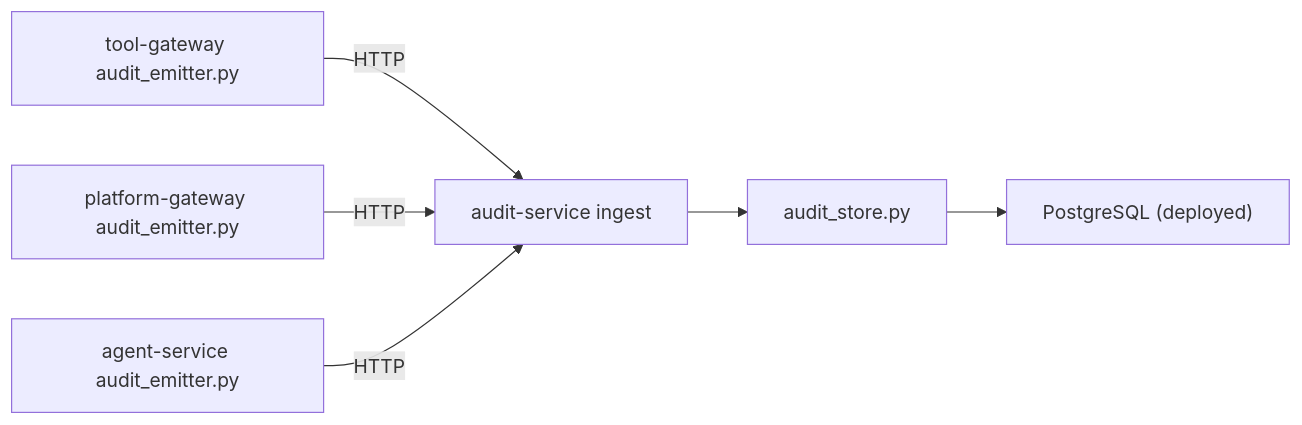
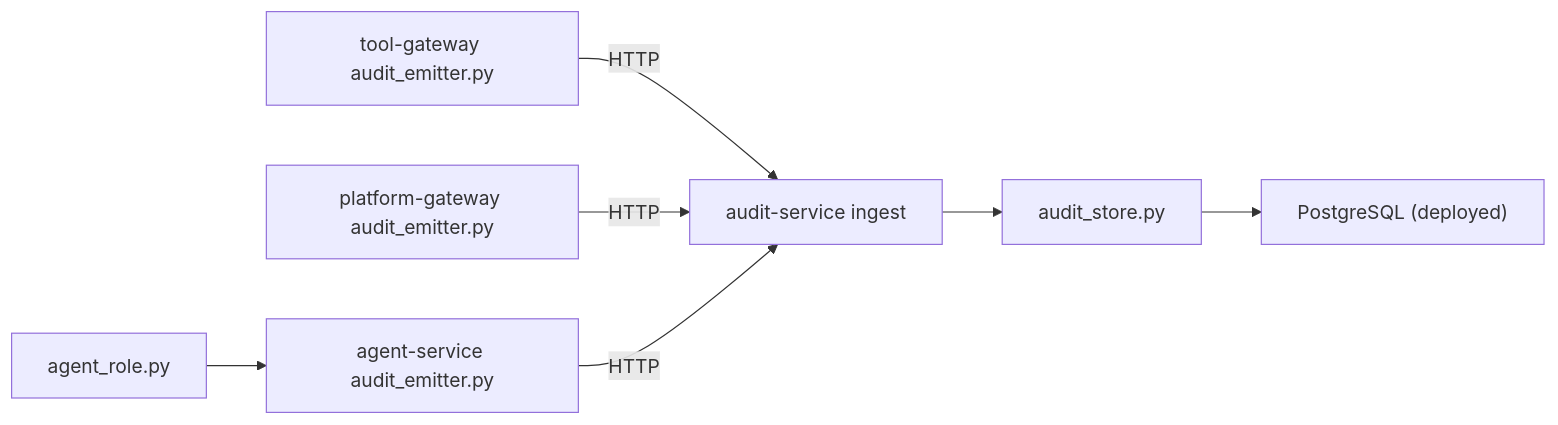
The fifth of 5 diagrams in .qoder/repowiki/en/content/Audit Trail and Compliance/Audit Event Model.md (metasync/luban-aiops), drawn with Mermaid before and after one commit. The commit also changed other lines of this file and 219 other files, not shown here.

````diff
--- a/.qoder/repowiki/en/content/Audit Trail and Compliance/Audit Event Model.md
+++ b/.qoder/repowiki/en/content/Audit Trail and Compliance/Audit Event Model.md
@@ -318,8 +404,9 @@
 ```mermaid
 graph LR
 TG["tool-gateway audit_emitter.py"] --> |HTTP| AUD["audit-service ingest"]
 PG["platform-gateway audit_emitter.py"] --> |HTTP| AUD
 AS["agent-service audit_emitter.py"] --> |HTTP| AUD
 AUD --> ST["audit_store.py"]
 ST --> DB["PostgreSQL (deployed)"]
+AR["agent_role.py"] --> AS
 ```
````
